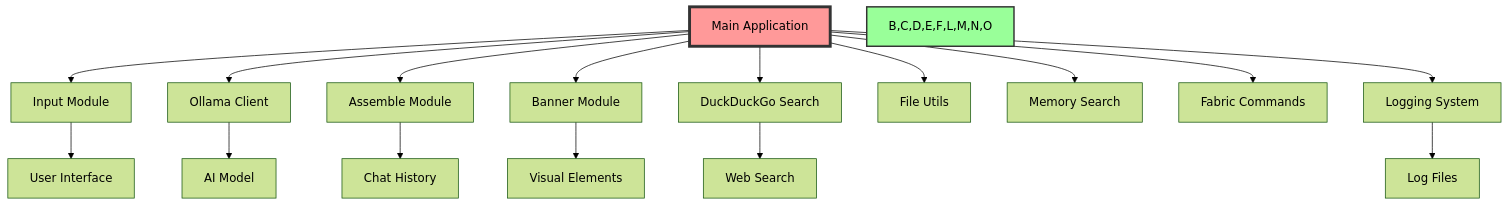
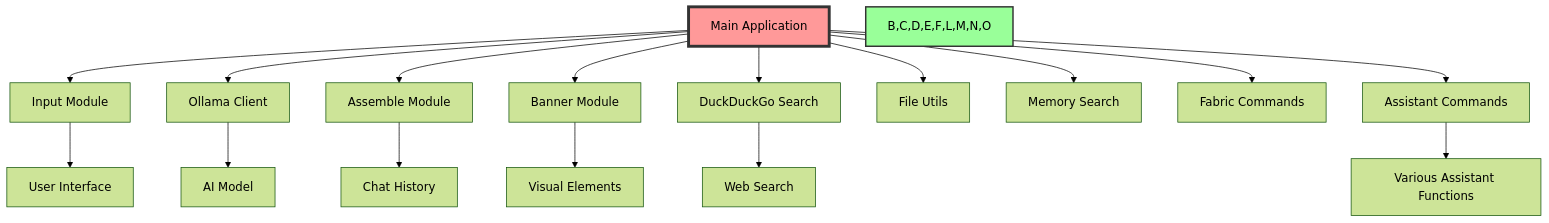
Before and after one commit to MikeyBeez/Ollama_Agents: the diagram in docs/architecture_guide.md, drawn with Mermaid (forest theme). The commit also changed other lines of this file and 6 other files, not shown here.

````diff
--- a/docs/architecture_guide.md
+++ b/docs/architecture_guide.md
@@ -27,20 +27,20 @@
 ```mermaid
 graph TD
     A[Main Application] --> B[Input Module]
     A --> C[Ollama Client]
     A --> D[Assemble Module]
     A --> E[Banner Module]
     A --> F[DuckDuckGo Search]
     B --> G[User Interface]
     C --> H[AI Model]
     D --> I[Chat History]
     E --> J[Visual Elements]
     F --> K[Web Search]
     A --> L[File Utils]
     A --> M[Memory Search]
     A --> N[Fabric Commands]
-    A --> O[Logging System]
-    O --> P[Log Files]
+    A --> O[Assistant Commands]
+    O --> P[Various Assistant Functions]
     style A fill:#ff9999,stroke:#333,stroke-width:4px
     style B,C,D,E,F,L,M,N,O fill:#99ff99,stroke:#333,stroke-width:2px
 ```
````
